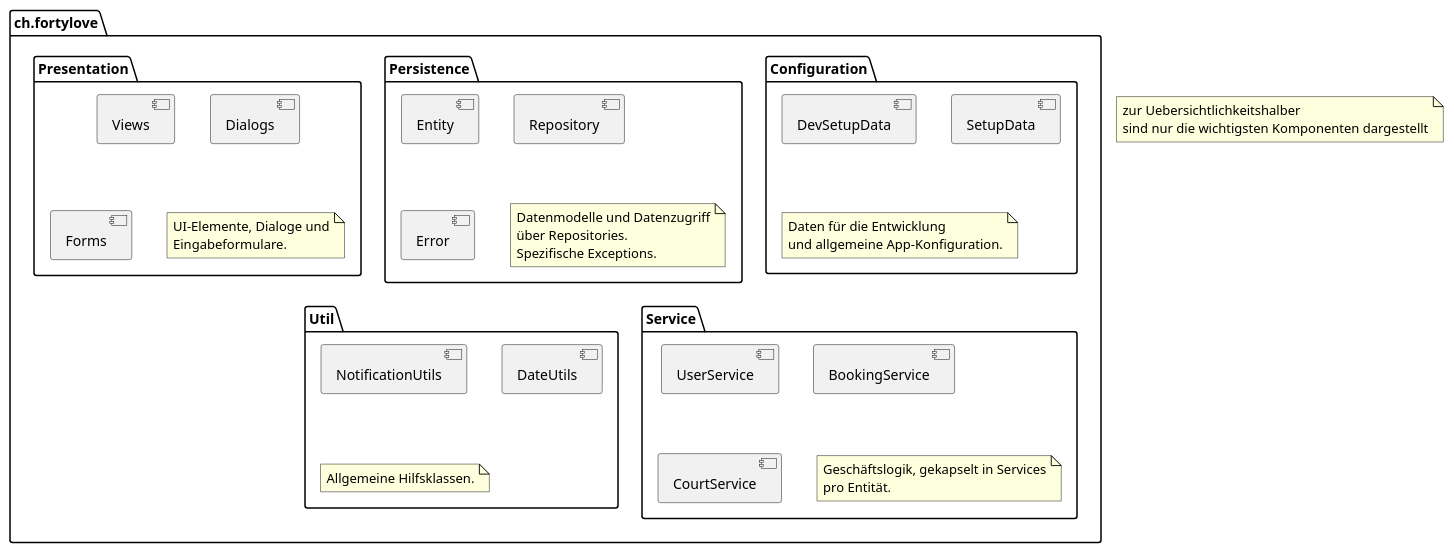
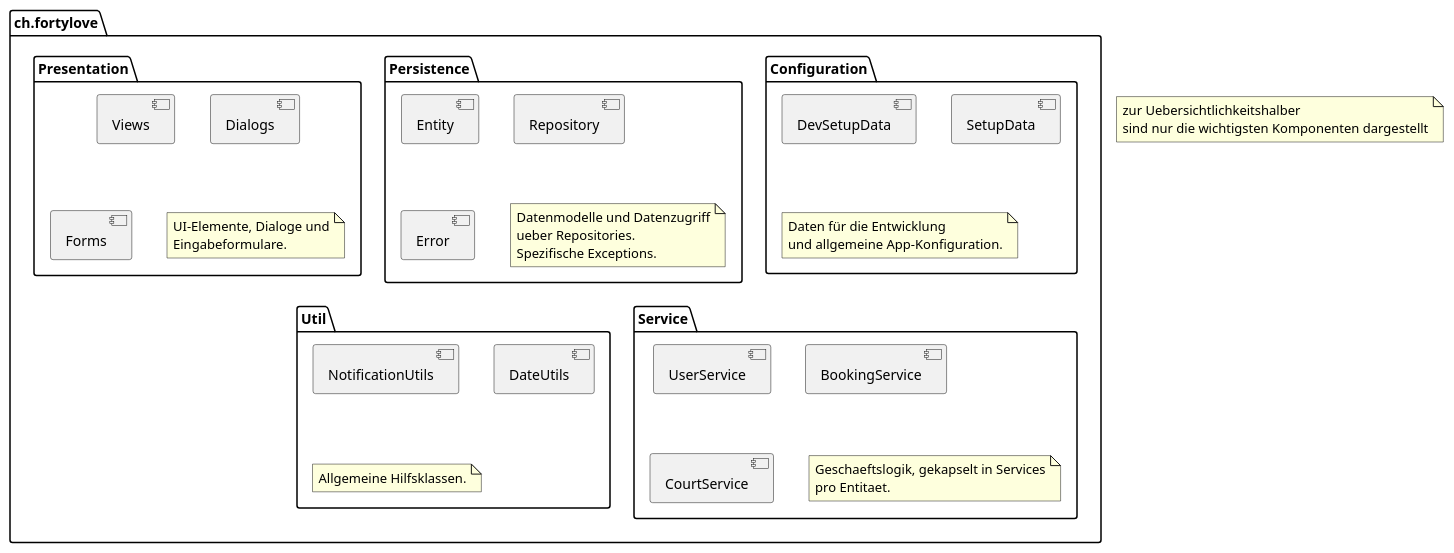
One commit to incrediblybadcoder/fortylove changed the diagram in documents/design/bausteinsicht/architecture_overview.puml. Above: the diagram before and after it, drawn with PlantUML.

Commit message:
#249 - Umlaute fix

```diff
--- a/documents/design/bausteinsicht/architecture_overview.puml
+++ b/documents/design/bausteinsicht/architecture_overview.puml
@@ -1,42 +1,42 @@
 @startuml
 
 package "ch.fortylove"{
 
   package "Configuration" as Configuration {
     [DevSetupData]
     [SetupData]
     note "Daten für die Entwicklung\nund allgemeine App-Konfiguration." as NoteConfig
   }
 
   package "Persistence" as Persistence {
     [Entity]
     [Repository]
     [Error]
-    note "Datenmodelle und Datenzugriff\nüber Repositories.\nSpezifische Exceptions." as NotePersistence
+    note "Datenmodelle und Datenzugriff\nueber Repositories.\nSpezifische Exceptions." as NotePersistence
   }
 
   package "Presentation" as Presentation {
     [Views]
     [Dialogs]
     [Forms]
     note "UI-Elemente, Dialoge und\nEingabeformulare." as NotePresentation
   }
 
   package "Service" as Service {
     [UserService]
     [BookingService]
     [CourtService]
     [BookingService]
-    note "Geschäftslogik, gekapselt in Services\npro Entität." as NoteService
+    note "Geschaeftslogik, gekapselt in Services\npro Entitaet." as NoteService
   }
 
   package "Util" as Util {
     [NotificationUtils]
     [DateUtils]
     note "Allgemeine Hilfsklassen." as NoteUtil
   }
 
 }
 note "zur Uebersichtlichkeitshalber\nsind nur die wichtigsten Komponenten dargestellt" as test
 
 @enduml
```
